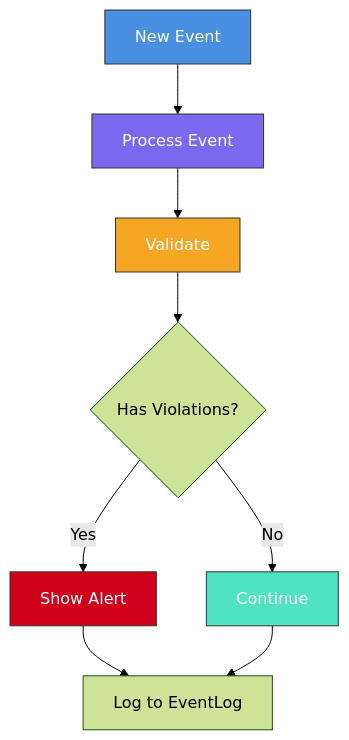
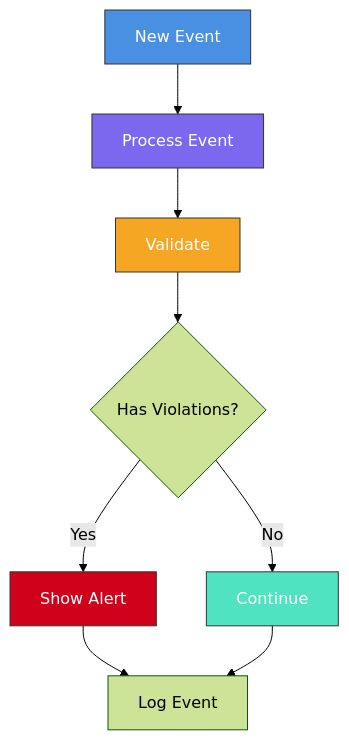
One commit to principal-ai/principal-view-core-library changed the fourth of 4 diagrams in docs/USAGE.md. Above: the diagram before and after it, drawn with Mermaid (forest theme). The commit also changed other lines of this file and 69 other files, not shown here.

````diff
--- a/docs/USAGE.md
+++ b/docs/USAGE.md
@@ -554,16 +419,16 @@
 ```mermaid
 graph TB
     E[New Event] --> P[Process Event]
     P --> V[Validate]
     V --> Check{Has Violations?}
     Check -->|Yes| Alert[Show Alert]
     Check -->|No| Continue[Continue]
-    Alert --> Log[Log to EventLog]
+    Alert --> Log[Log Event]
     Continue --> Log
 
     style E fill:#4A90E2,stroke:#333,color:#fff
     style P fill:#7B68EE,stroke:#333,color:#fff
     style V fill:#F5A623,stroke:#333,color:#fff
     style Alert fill:#D0021B,stroke:#333,color:#fff
     style Continue fill:#50E3C2,stroke:#333,color:#fff
 ```
````
